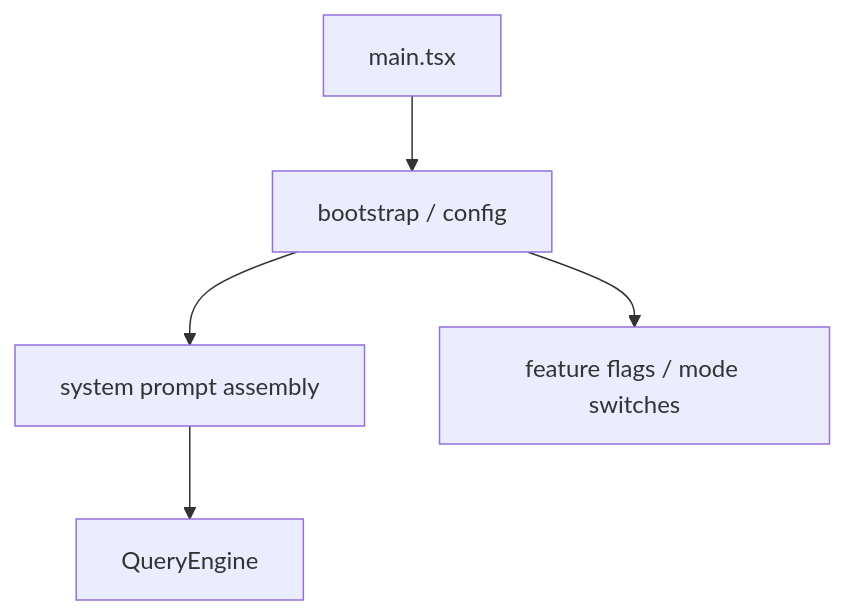
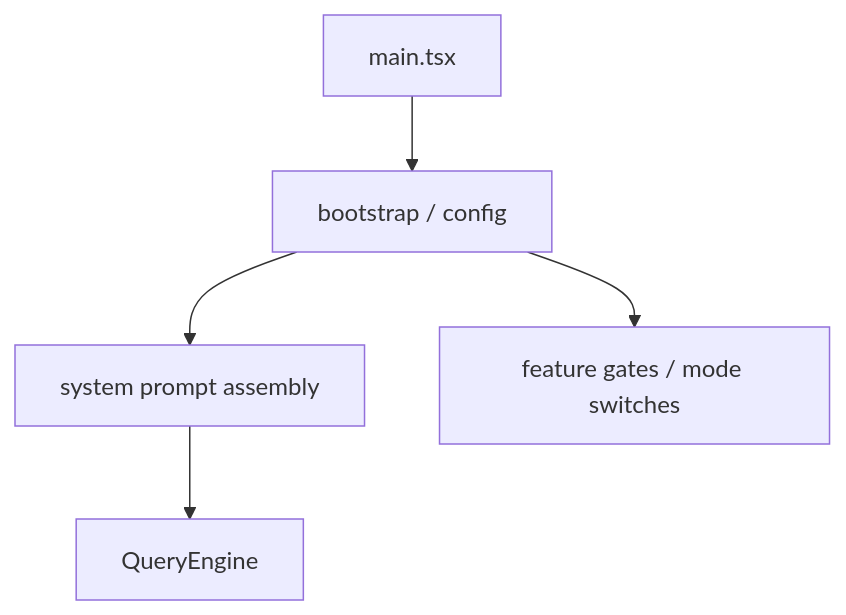
One commit to Boulea7/ClaudeCode-Source-DeepDive changed the diagram in MODULES/08-prompts-config-and-other-moats/SIMPLE/README.md. Above: the diagram before and after it, drawn with Mermaid. The commit also changed other lines of this file and 66 other files, not shown here.

````diff
--- a/MODULES/08-prompts-config-and-other-moats/SIMPLE/README.md
+++ b/MODULES/08-prompts-config-and-other-moats/SIMPLE/README.md
@@ -7,7 +7,7 @@
 ```mermaid
 flowchart TD
     A[main.tsx] --> B[bootstrap / config]
     B --> C[system prompt assembly]
     C --> D[QueryEngine]
-    B --> E[feature flags / mode switches]
+    B --> E[feature gates / mode switches]
 ```
````
